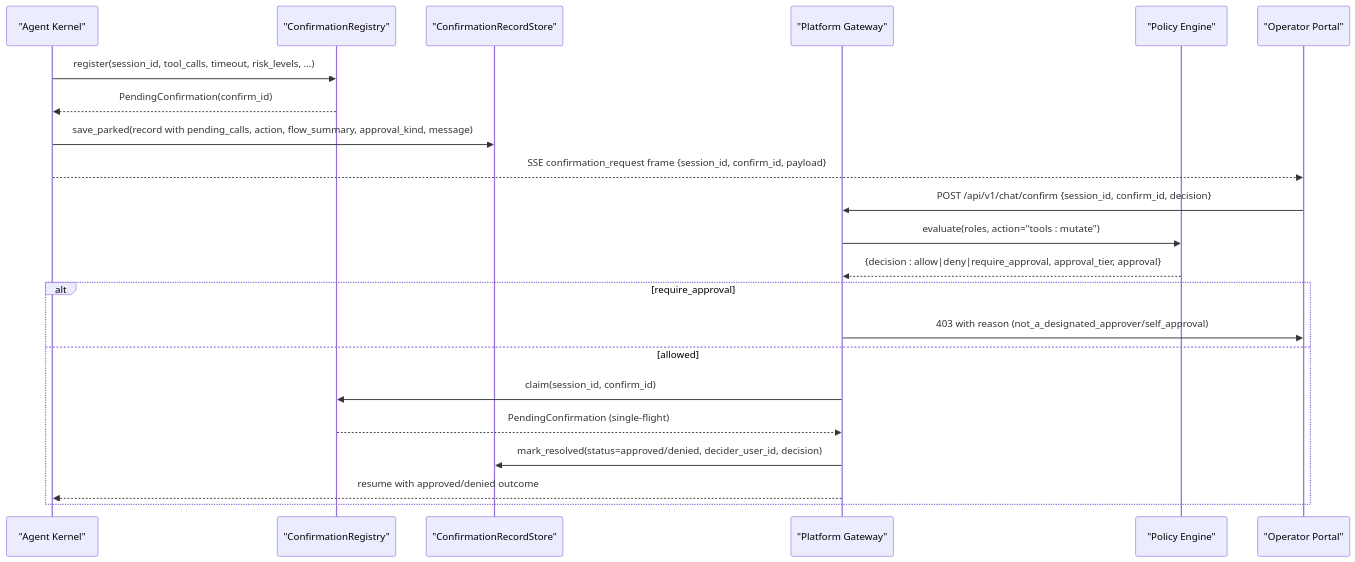
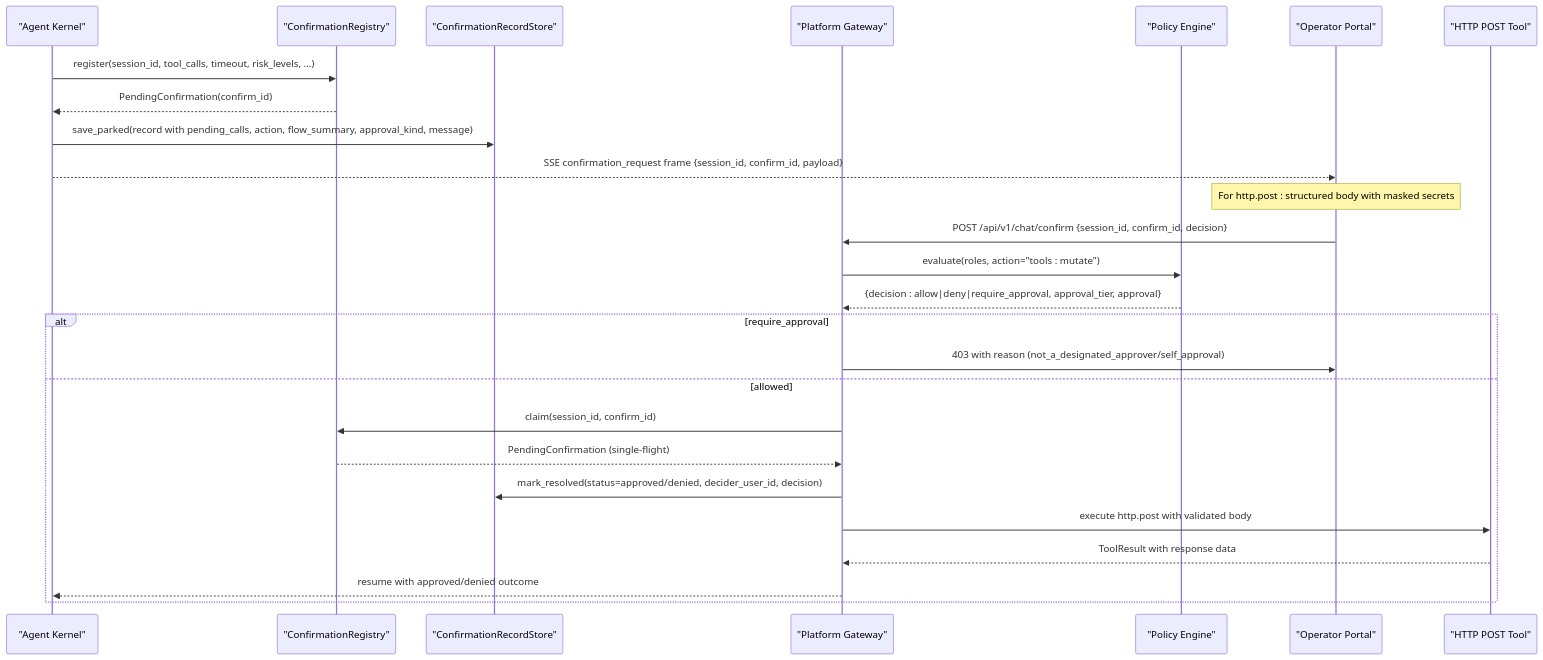
The second of 8 diagrams in .qoder/repowiki/en/content/Core Services/Agent Platform/Human-in-the-Loop Approvals.md (metasync/luban-aiops), drawn with Mermaid before and after one commit. The commit also changed other lines of this file and 102 other files, not shown here.

````diff
--- a/.qoder/repowiki/en/content/Core Services/Agent Platform/Human-in-the-Loop Approvals.md
+++ b/.qoder/repowiki/en/content/Core Services/Agent Platform/Human-in-the-Loop Approvals.md
@@ -106,24 +123,28 @@
 ```mermaid
 sequenceDiagram
 participant Agent as "Agent Kernel"
 participant Reg as "ConfirmationRegistry"
 participant Rec as "ConfirmationRecordStore"
 participant GW as "Platform Gateway"
 participant Pol as "Policy Engine"
 participant Op as "Operator Portal"
+participant HTTP as "HTTP POST Tool"
 Agent->>Reg : register(session_id, tool_calls, timeout, risk_levels, ...)
 Reg-->>Agent : PendingConfirmation(confirm_id)
 Agent->>Rec : save_parked(record with pending_calls, action, flow_summary, approval_kind, message)
 Agent-->>Op : SSE confirmation_request frame {session_id, confirm_id, payload}
+Note over Op : For http.post : structured body with masked secrets
 Op->>GW : POST /api/v1/chat/confirm {session_id, confirm_id, decision}
 GW->>Pol : evaluate(roles, action="tools : mutate")
 Pol-->>GW : {decision : allow|deny|require_approval, approval_tier, approval}
 alt require_approval
 GW->>Op : 403 with reason (not_a_designated_approver/self_approval)
 else allowed
 GW->>Reg : claim(session_id, confirm_id)
 Reg-->>GW : PendingConfirmation (single-flight)
 GW->>Rec : mark_resolved(status=approved/denied, decider_user_id, decision)
+GW->>HTTP : execute http.post with validated body
+HTTP-->>GW : ToolResult with response data
 GW-->>Agent : resume with approved/denied outcome
 end
 ```
````
